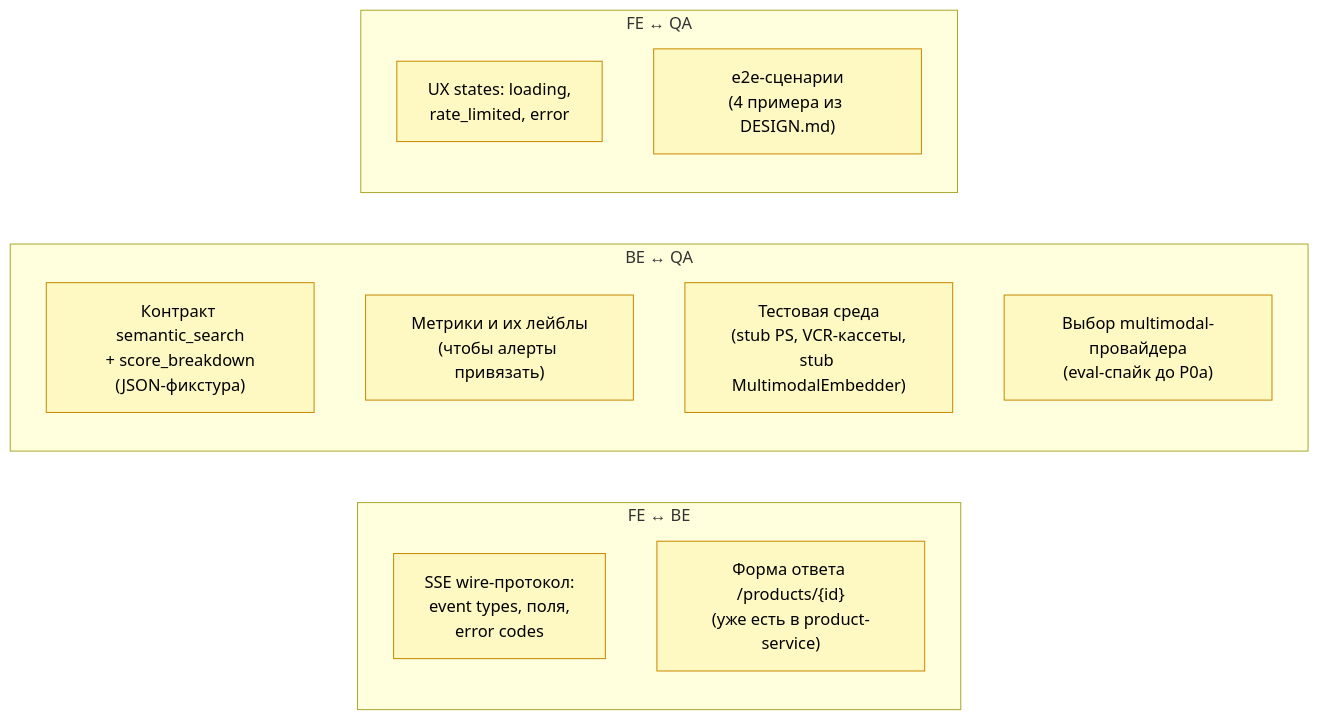
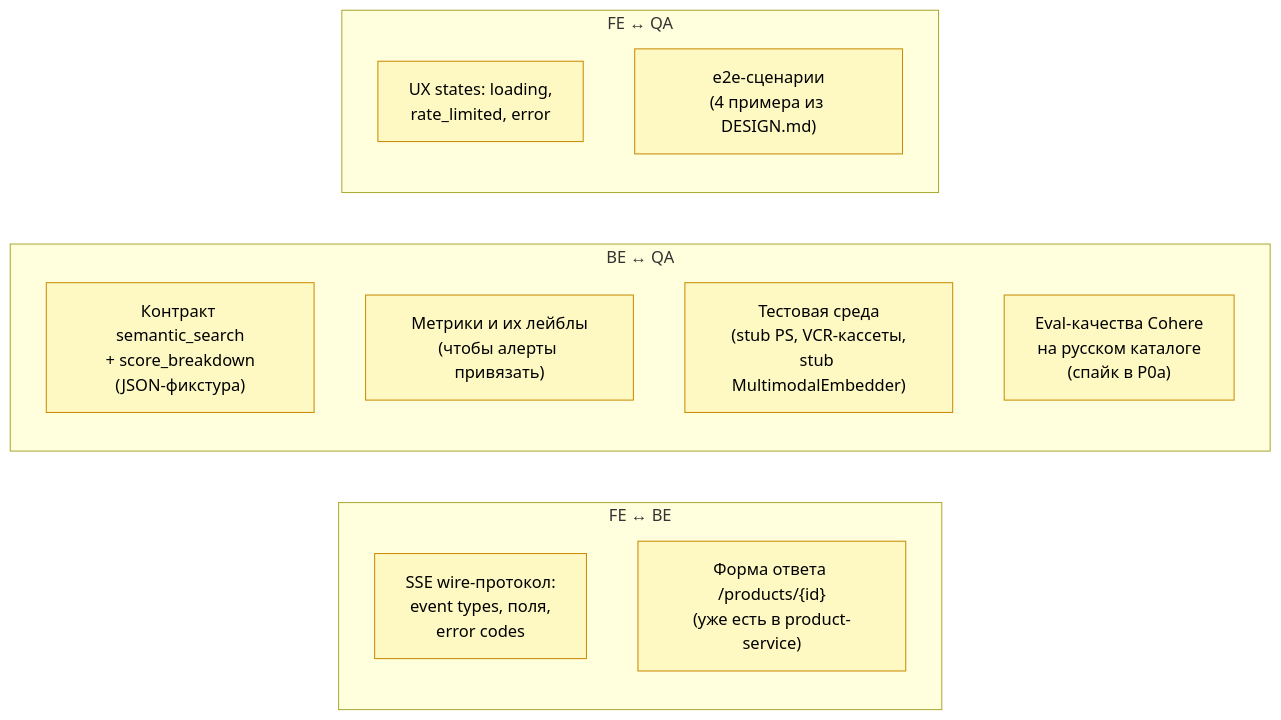
Before and after one commit to TortAlpha/ai-stylist-service: the first of 2 diagrams in server/ai-service/RESP_SPLIT.md, drawn with Mermaid. The commit also changed other lines of this file and 35 other files, not shown here.

````diff
--- a/server/ai-service/RESP_SPLIT.md
+++ b/server/ai-service/RESP_SPLIT.md
@@ -123,22 +123,22 @@
 ```mermaid
 flowchart LR
     subgraph FE_BE["FE ↔ BE"]
         S1["SSE wire-протокол:<br/>event types, поля,<br/>error codes"]
         S2["Форма ответа /products/{id}<br/>(уже есть в product-service)"]
     end
 
     subgraph BE_QA["BE ↔ QA"]
         S3["Контракт semantic_search<br/>+ score_breakdown<br/>(JSON-фикстура)"]
         S4["Метрики и их лейблы<br/>(чтобы алерты привязать)"]
         S5["Тестовая среда<br/>(stub PS, VCR-кассеты,<br/>stub MultimodalEmbedder)"]
-        S8["Выбор multimodal-провайдера<br/>(eval-спайк до P0a)"]
+        S8["Eval-качества Cohere<br/>на русском каталоге<br/>(спайк в P0a)"]
     end
 
     subgraph FE_QA["FE ↔ QA"]
         S6["UX states: loading,<br/>rate_limited, error"]
         S7["e2e-сценарии<br/>(4 примера из DESIGN.md)"]
     end
 
     classDef joint fill:#fef9c3,stroke:#ca8a04,color:#000
     class S1,S2,S3,S4,S5,S6,S7,S8 joint
 ```
````
